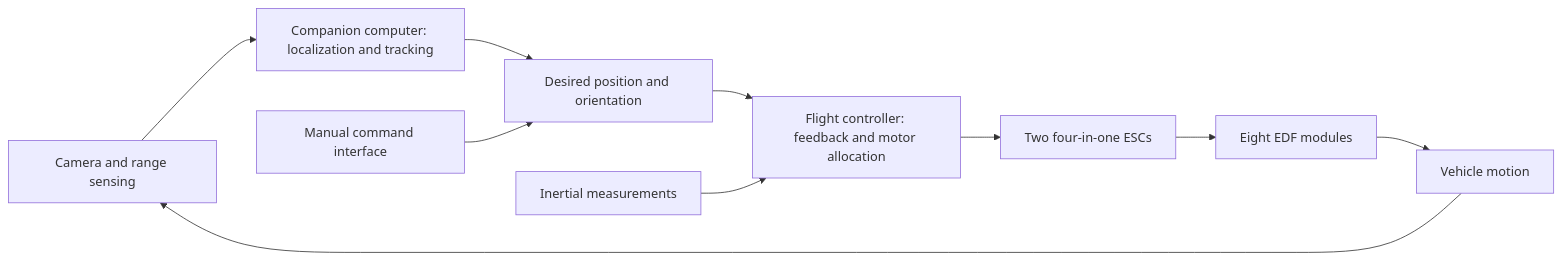
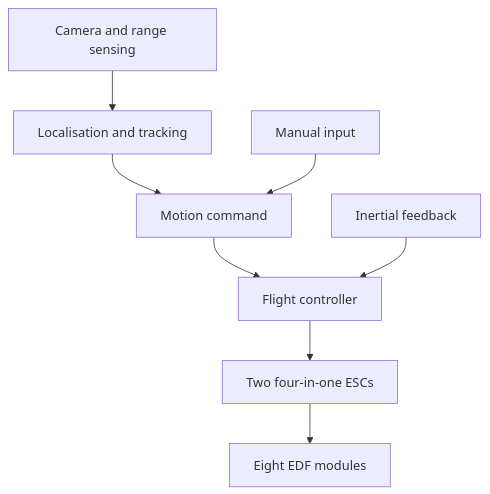
Before and after one commit to Exlumina/vision-zero-g: the diagram in docs/system-design.md, drawn with Mermaid. The commit also changed other lines of this file and 8 other files, not shown here.

````diff
--- a/docs/system-design.md
+++ b/docs/system-design.md
@@ -15,12 +15,10 @@
 ```mermaid
-flowchart LR
-    A[Camera and range sensing] --> B[Companion computer: localization and tracking]
-    B --> C[Desired position and orientation]
-    C --> D[Flight controller: feedback and motor allocation]
-    D --> E[Two four-in-one ESCs]
-    E --> F[Eight EDF modules]
-    F --> G[Vehicle motion]
-    G --> A
-    H[Inertial measurements] --> D
-    I[Manual command interface] --> C
+flowchart TB
+    S[Camera and range sensing] --> N[Localisation and tracking]
+    N --> C[Motion command]
+    M[Manual input] --> C
+    C --> F[Flight controller]
+    I[Inertial feedback] --> F
+    F --> E[Two four-in-one ESCs]
+    E --> T[Eight EDF modules]
 ```
````
